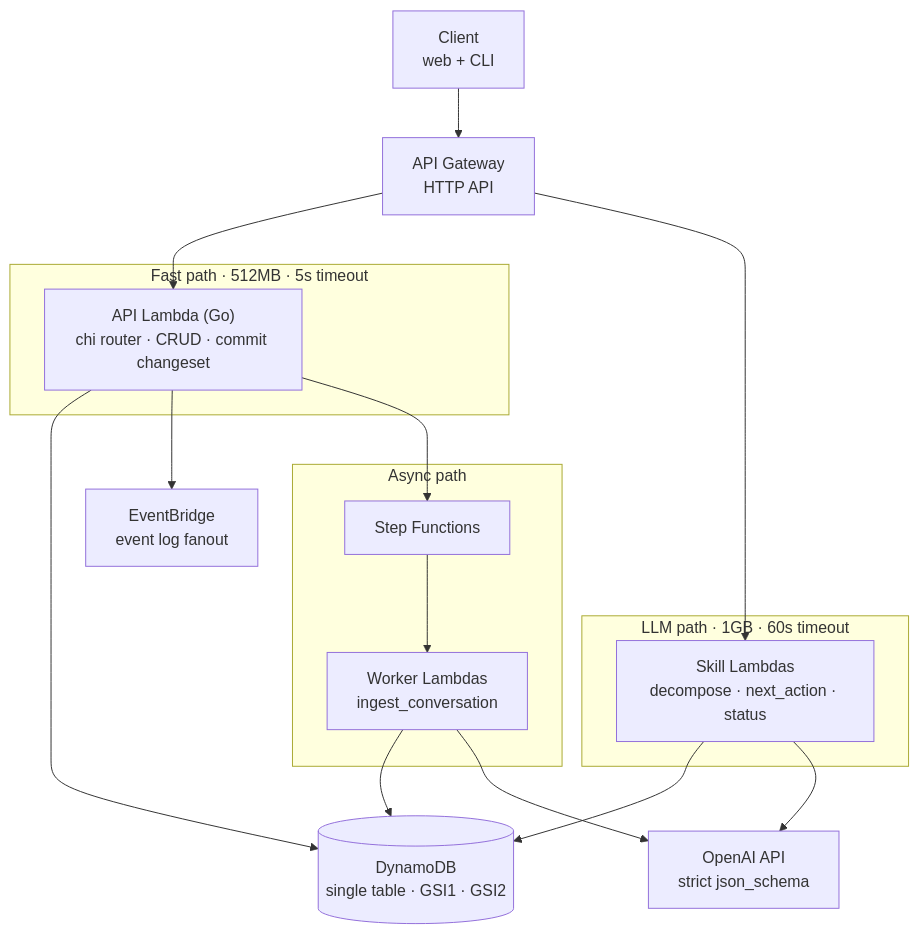
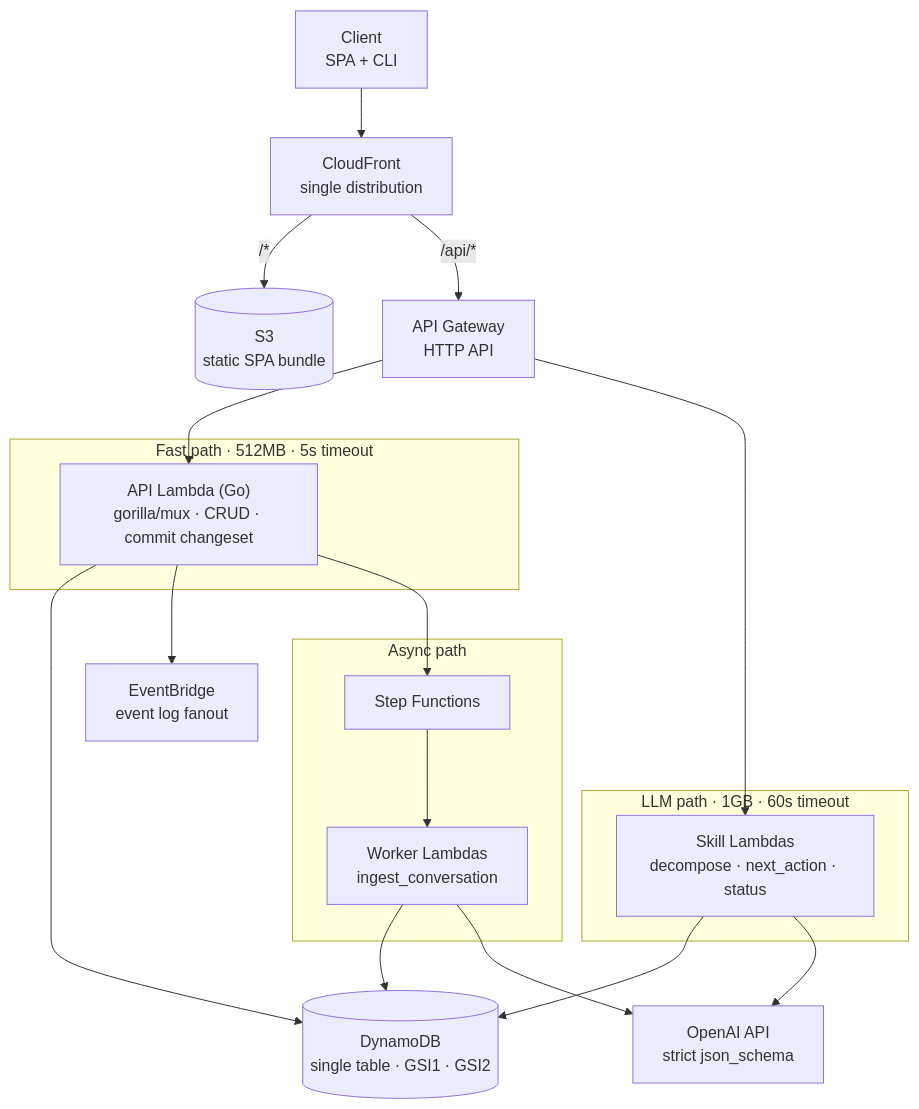
The first of 2 diagrams in architecture.md (esvarez/lucas-assist), drawn with Mermaid before and after one commit. The commit also changed other lines of this file, not shown here.

Commit message:
update architecture: added client decitions

````diff
--- a/architecture.md
+++ b/architecture.md
@@ -11,33 +11,37 @@
 ```mermaid
 flowchart TB
-    Client["Client<br/>web + CLI"]
+    Client["Client<br/>SPA + CLI"]
+    CF["CloudFront<br/>single distribution"]
+    S3[("S3<br/>static SPA bundle")]
     APIGW["API Gateway<br/>HTTP API"]
 
-    Client --> APIGW
+    Client --> CF
+    CF -->|"/*"| S3
+    CF -->|"/api/*"| APIGW
     APIGW --> API
     APIGW --> Skills
 
     subgraph fast["Fast path · 512MB · 5s timeout"]
-        API["API Lambda (Go)<br/>chi router · CRUD · commit changeset"]
+        API["API Lambda (Go)<br/>gorilla/mux · CRUD · commit changeset"]
     end
 
     subgraph slow["LLM path · 1GB · 60s timeout"]
         Skills["Skill Lambdas<br/>decompose · next_action · status"]
     end
 
     subgraph async["Async path"]
         SFN["Step Functions"] --> Worker["Worker Lambdas<br/>ingest_conversation"]
     end
 
     API --> DDB
     API --> EB
     API --> SFN
     Skills --> DDB
     Skills --> OAI
     Worker --> DDB
     Worker --> OAI
 
     DDB[("DynamoDB<br/>single table · GSI1 · GSI2")]
     OAI["OpenAI API<br/>strict json_schema"]
     EB["EventBridge<br/>event log fanout"]
 ```
````
